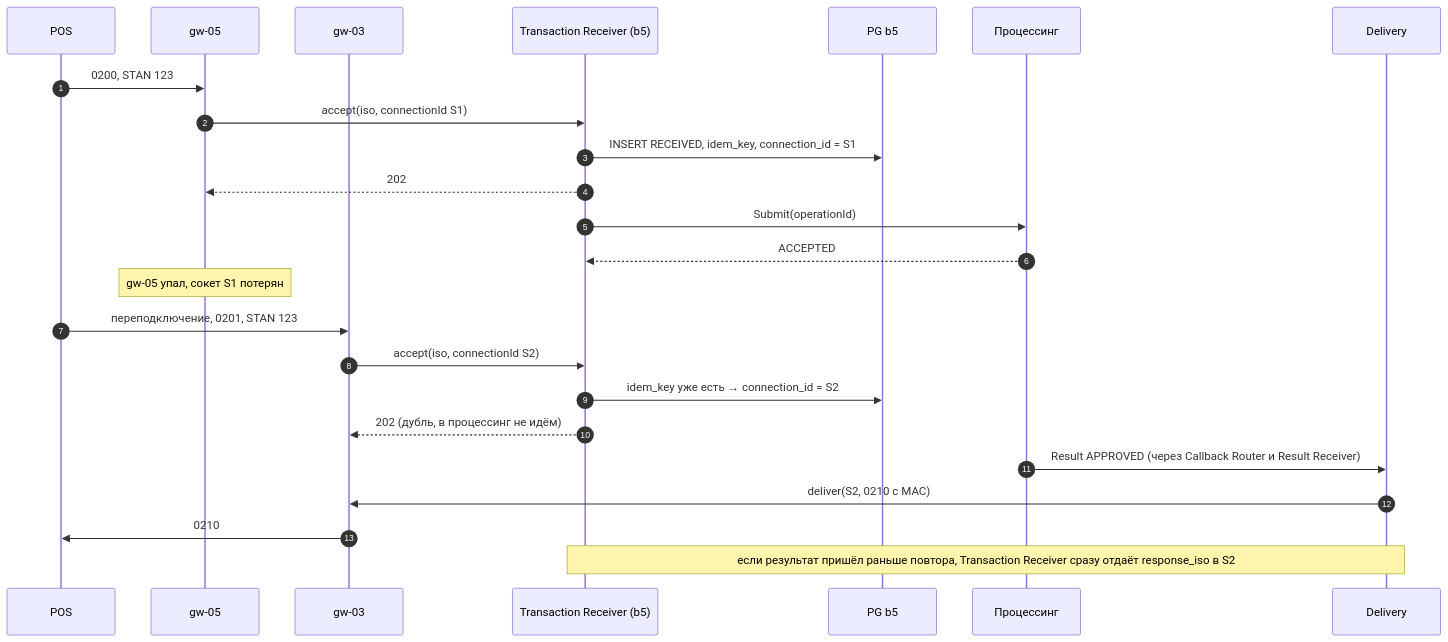
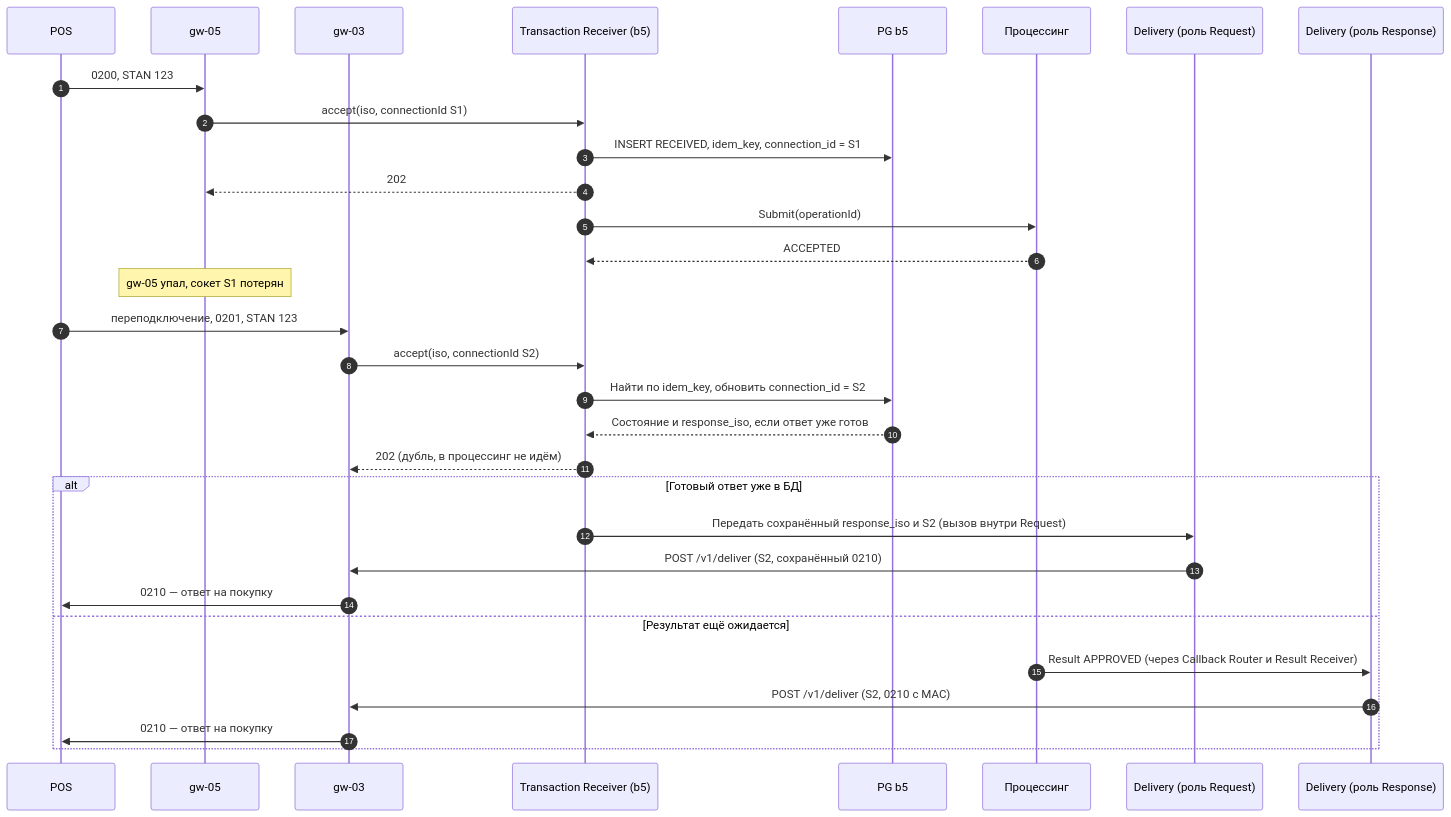
One commit to xrudenkov/L2 changed the fourth of 8 diagrams in docs/design/preprocessing.md. Above: the diagram before and after it, drawn with Mermaid. The commit also changed other lines of this file and 10 other files, not shown here.

````diff
--- a/docs/design/preprocessing.md
+++ b/docs/design/preprocessing.md
@@ -596,26 +599,33 @@
 ```mermaid
 sequenceDiagram
     autonumber
     participant P as POS
     participant G5 as gw-05
     participant G3 as gw-03
     participant A as Transaction Receiver (b5)
     participant DB as PG b5
     participant PR as Процессинг
-    participant DL as Delivery
+    participant DLR as Delivery (роль Request)
+    participant DL as Delivery (роль Response)
     P->>G5: 0200, STAN 123
     G5->>A: accept(iso, connectionId S1)
     A->>DB: INSERT RECEIVED, idem_key, connection_id = S1
     A-->>G5: 202
     A->>PR: Submit(operationId)
     PR-->>A: ACCEPTED
     Note over G5: gw-05 упал, сокет S1 потерян
     P->>G3: переподключение, 0201, STAN 123
     G3->>A: accept(iso, connectionId S2)
-    A->>DB: idem_key уже есть → connection_id = S2
+    A->>DB: Найти по idem_key, обновить connection_id = S2
+    DB-->>A: Состояние и response_iso, если ответ уже готов
     A-->>G3: 202 (дубль, в процессинг не идём)
-    PR->>DL: Result APPROVED (через Callback Router и Result Receiver)
-    DL->>G3: deliver(S2, 0210 с MAC)
-    G3->>P: 0210
-    Note over A,DL: если результат пришёл раньше повтора, Transaction Receiver сразу отдаёт response_iso в S2
+    alt Готовый ответ уже в БД
+        A->>DLR: Передать сохранённый response_iso и S2 (вызов внутри Request)
+        DLR->>G3: POST /v1/deliver (S2, сохранённый 0210)
+        G3->>P: 0210 — ответ на покупку
+    else Результат ещё ожидается
+        PR->>DL: Result APPROVED (через Callback Router и Result Receiver)
+        DL->>G3: POST /v1/deliver (S2, 0210 с MAC)
+        G3->>P: 0210 — ответ на покупку
+    end
 ```
````
